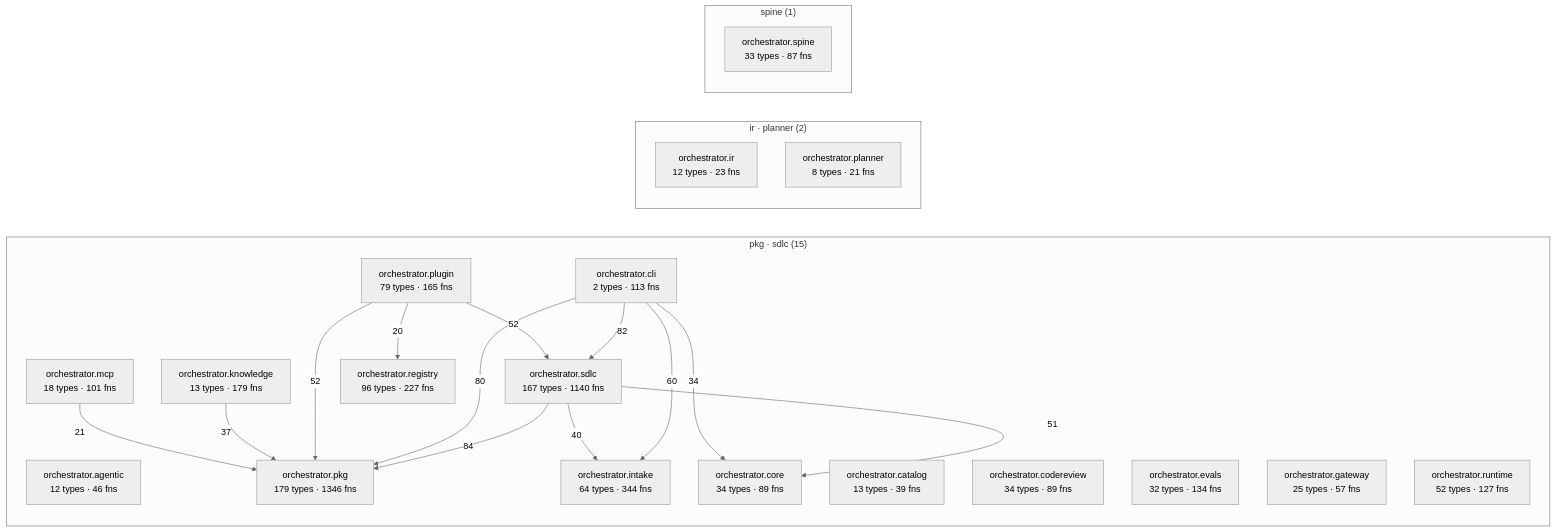
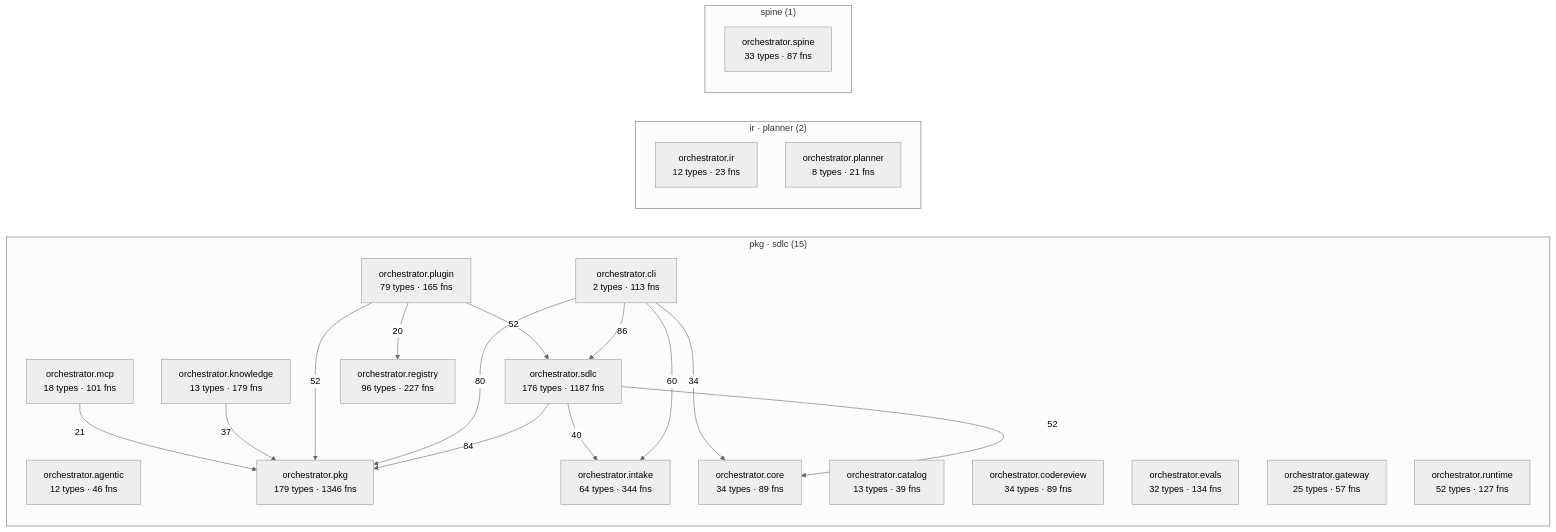
Before and after one commit to synaptixs/spine: the diagram in episteme/architecture.md, drawn with Mermaid (neutral theme). The commit also changed other lines of this file and 23 other files, not shown here.

````diff
--- a/episteme/architecture.md
+++ b/episteme/architecture.md
@@ -56,39 +56,39 @@
 ```mermaid
 flowchart LR
   subgraph c_2["pkg · sdlc (15)"]
     aorchestratoragentic["orchestrator.agentic<br/>12 types · 46 fns"]
     aorchestratorcatalog["orchestrator.catalog<br/>13 types · 39 fns"]
     aorchestratorcli["orchestrator.cli<br/>2 types · 113 fns"]
     aorchestratorcodereview["orchestrator.codereview<br/>34 types · 89 fns"]
     aorchestratorcore["orchestrator.core<br/>34 types · 89 fns"]
     aorchestratorevals["orchestrator.evals<br/>32 types · 134 fns"]
     aorchestratorgateway["orchestrator.gateway<br/>25 types · 57 fns"]
     aorchestratorintake["orchestrator.intake<br/>64 types · 344 fns"]
     aorchestratorknowledge["orchestrator.knowledge<br/>13 types · 179 fns"]
     aorchestratormcp["orchestrator.mcp<br/>18 types · 101 fns"]
     aorchestratorpkg["orchestrator.pkg<br/>179 types · 1346 fns"]
     aorchestratorplugin["orchestrator.plugin<br/>79 types · 165 fns"]
     aorchestratorregistry["orchestrator.registry<br/>96 types · 227 fns"]
     aorchestratorruntime["orchestrator.runtime<br/>52 types · 127 fns"]
-    aorchestratorsdlc["orchestrator.sdlc<br/>167 types · 1140 fns"]
+    aorchestratorsdlc["orchestrator.sdlc<br/>176 types · 1187 fns"]
   end
   subgraph c_5["ir · planner (2)"]
     aorchestratorir["orchestrator.ir<br/>12 types · 23 fns"]
     aorchestratorplanner["orchestrator.planner<br/>8 types · 21 fns"]
   end
   subgraph c_10["spine (1)"]
     aorchestratorspine["orchestrator.spine<br/>33 types · 87 fns"]
   end
+  aorchestratorcli -->|86| aorchestratorsdlc
   aorchestratorsdlc -->|84| aorchestratorpkg
-  aorchestratorcli -->|82| aorchestratorsdlc
   aorchestratorcli -->|80| aorchestratorpkg
   aorchestratorcli -->|60| aorchestratorintake
   aorchestratorplugin -->|52| aorchestratorpkg
   aorchestratorplugin -->|52| aorchestratorsdlc
-  aorchestratorsdlc -->|51| aorchestratorcore
+  aorchestratorsdlc -->|52| aorchestratorcore
   aorchestratorsdlc -->|40| aorchestratorintake
   aorchestratorknowledge -->|37| aorchestratorpkg
   aorchestratorcli -->|34| aorchestratorcore
   aorchestratormcp -->|21| aorchestratorpkg
   aorchestratorplugin -->|20| aorchestratorregistry
 ```
````
